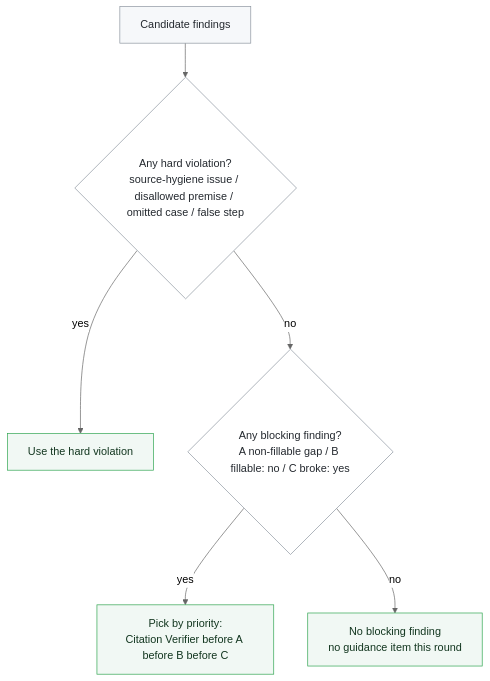
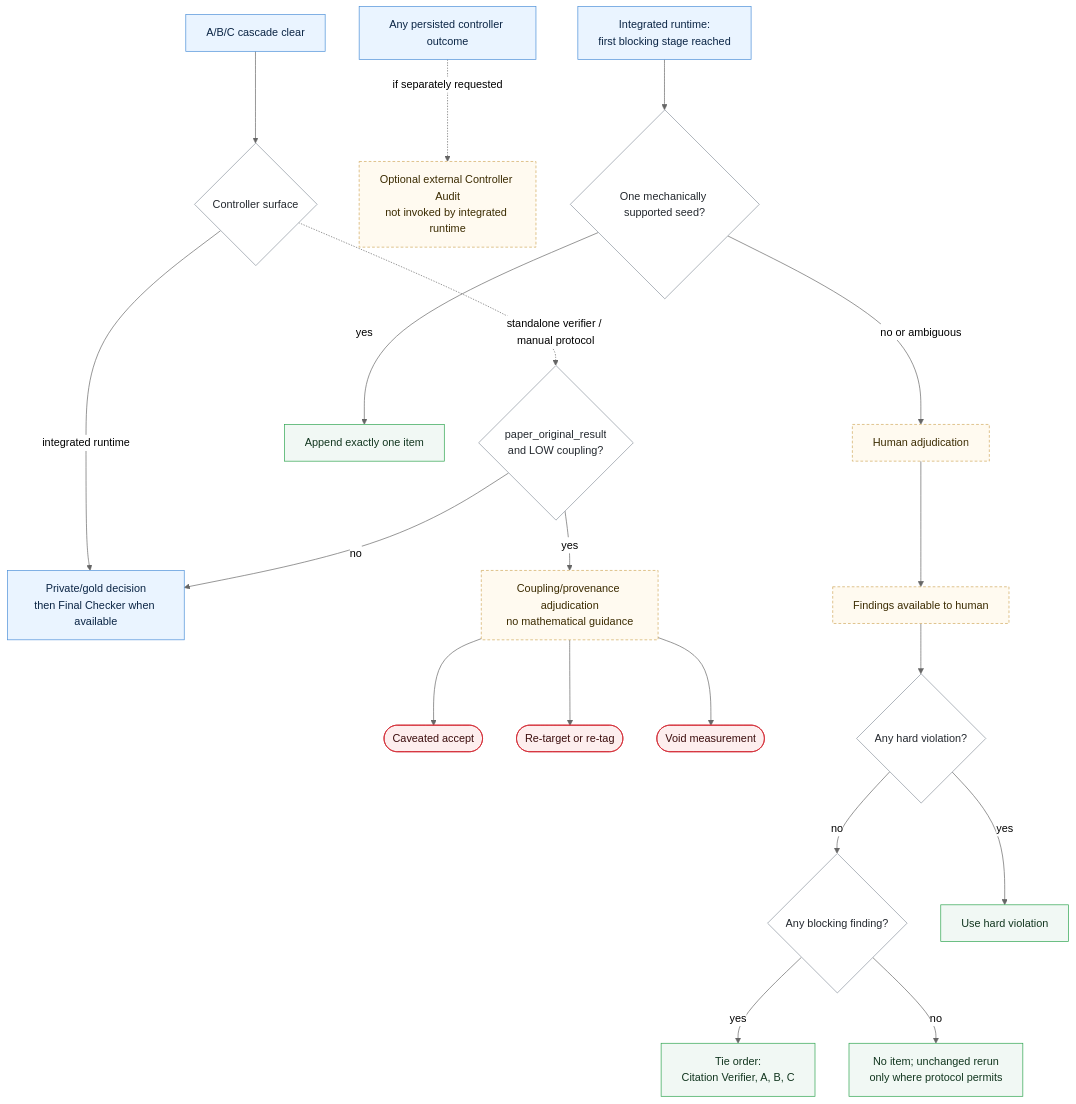
The third of 3 diagrams in Prompt Packet/FlowChart.md (GrgAakash/RIPS-Proof-Pipeline), drawn with Mermaid (neutral theme) before and after one commit. The commit also changed other lines of this file and 44 other files, not shown here.

````diff
--- a/Prompt Packet/FlowChart.md
+++ b/Prompt Packet/FlowChart.md
@@ -257,16 +274,51 @@
 ```mermaid
 flowchart TD
-    classDef start fill:#f6f8fa,stroke:#8b949e,color:#24292f;
+    classDef runtime fill:#eaf4ff,stroke:#4b8fd8,color:#0b2545;
+    classDef manual fill:#fffaf0,stroke:#d0a85c,color:#3b2b00,stroke-dasharray:4 3;
     classDef decision fill:#ffffff,stroke:#8b949e,color:#24292f;
     classDef result fill:#f1f8f4,stroke:#2da44e,color:#12361f;
+    classDef terminal fill:#fdeeee,stroke:#d1242f,color:#3b0d0d;
 
-    s0["Candidate findings"] --> s1{"Any hard violation?<br/>source-hygiene issue / disallowed premise / omitted case / false step"}
-    s1 -->|"yes"| useHV["Use the hard violation"]
-    s1 -->|"no"| s2{"Any blocking finding?<br/>A non-fillable gap / B fillable: no / C broke: yes"}
-    s2 -->|"yes"| order["Pick by priority:<br/>Citation Verifier before A before B before C"]
-    s2 -->|"no"| none["No blocking finding<br/>no guidance item this round"]
+    cClear["A/B/C cascade clear"]:::runtime
+    routeMode{"Controller surface"}:::decision
+    finalMode["Private/gold decision<br/>then Final Checker when available"]:::runtime
+    coupling{"paper_original_result<br/>and LOW coupling?"}:::decision
+    couplingAdj["Coupling/provenance adjudication<br/>no mathematical guidance"]:::manual
+    caveat(["Caveated accept"]):::terminal
+    retag(["Re-target or re-tag"]):::terminal
+    void(["Void measurement"]):::terminal
 
-    class s0 start;
-    class s1,s2 decision;
-    class useHV,order,none result;
+    outcomes["Any persisted controller outcome"]:::runtime
+    audit["Optional external Controller Audit<br/>not invoked by integrated runtime"]:::manual
+
+    firstBlock["Integrated runtime:<br/>first blocking stage reached"]:::runtime
+    autoSeed{"One mechanically supported seed?"}:::decision
+    one["Append exactly one item"]:::result
+    human["Human adjudication"]:::manual
+    candidates["Findings available to human"]:::manual
+    hard{"Any hard violation?"}:::decision
+    blocking{"Any blocking finding?"}:::decision
+    chooseHard["Use hard violation"]:::result
+    chooseOrder["Tie order:<br/>Citation Verifier, A, B, C"]:::result
+    unchanged["No item; unchanged rerun<br/>only where protocol permits"]:::result
+
+    cClear --> routeMode
+    routeMode -->|"integrated runtime"| finalMode
+    routeMode -.->|"standalone verifier / manual protocol"| coupling
+    coupling -->|"yes"| couplingAdj
+    coupling -->|"no"| finalMode
+    couplingAdj --> caveat
+    couplingAdj --> retag
+    couplingAdj --> void
+
+    outcomes -.->|"if separately requested"| audit
+
+    firstBlock --> autoSeed
+    autoSeed -->|"yes"| one
+    autoSeed -->|"no or ambiguous"| human --> candidates
+    candidates --> hard
+    hard -->|"yes"| chooseHard
+    hard -->|"no"| blocking
+    blocking -->|"yes"| chooseOrder
+    blocking -->|"no"| unchanged
 ```
````
